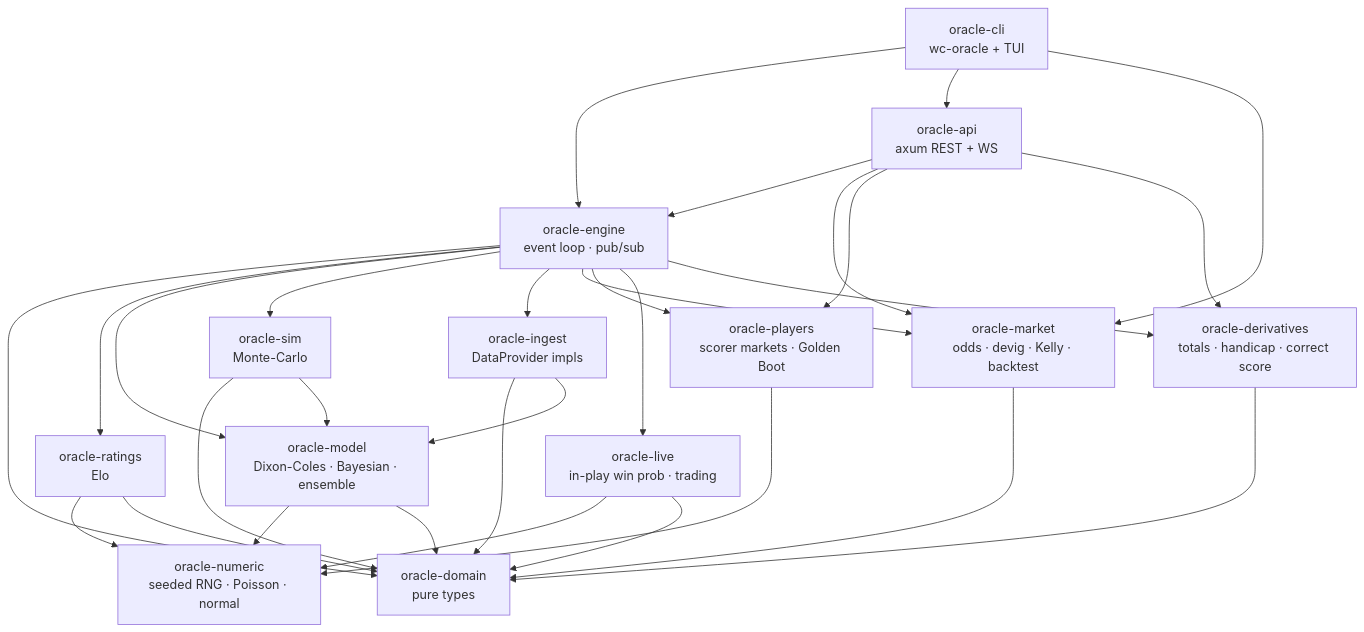
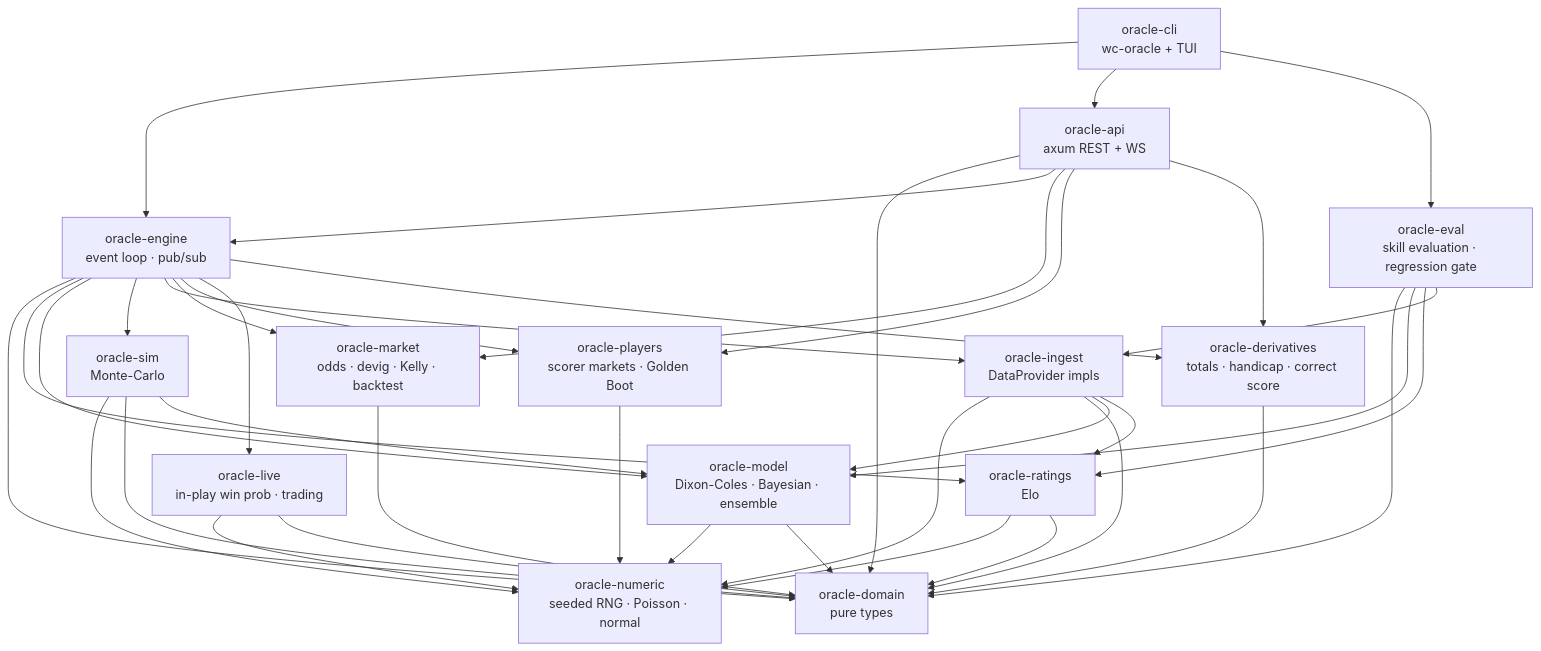
One commit to ruhan-sahasi/worldcup-oracle changed the first of 2 diagrams in docs/ARCHITECTURE.md. Above: the diagram before and after it, drawn with Mermaid. The commit also changed other lines of this file, not shown here.

First paragraph of the commit message:
Correct false claims, a stale count, and an incomplete crate graph
Four documentation defects in ARCHITECTURE, all left by my own recent branches.

````diff
--- a/docs/ARCHITECTURE.md
+++ b/docs/ARCHITECTURE.md
@@ -10,46 +10,55 @@
 ```mermaid
 graph TD
     numeric[oracle-numeric<br/>seeded RNG · Poisson · normal]
     domain[oracle-domain<br/>pure types]
     ratings[oracle-ratings<br/>Elo]
     model[oracle-model<br/>Dixon-Coles · Bayesian · ensemble]
     sim[oracle-sim<br/>Monte-Carlo]
     ingest[oracle-ingest<br/>DataProvider impls]
     market[oracle-market<br/>odds · devig · Kelly · backtest]
     players[oracle-players<br/>scorer markets · Golden Boot]
     live[oracle-live<br/>in-play win prob · trading]
     derivatives[oracle-derivatives<br/>totals · handicap · correct score]
     engine[oracle-engine<br/>event loop · pub/sub]
     api[oracle-api<br/>axum REST + WS]
+    eval[oracle-eval<br/>skill evaluation · regression gate]
     cli[oracle-cli<br/>wc-oracle + TUI]
 
     ratings --> numeric
     ratings --> domain
     model --> numeric
     model --> domain
+    sim --> numeric
     sim --> domain
     sim --> model
+    ingest --> numeric
     ingest --> domain
     ingest --> model
+    ingest --> ratings
     market --> domain
     players --> numeric
     live --> numeric
     live --> domain
     derivatives --> domain
     engine --> domain
     engine --> ratings
     engine --> model
     engine --> sim
     engine --> ingest
     engine --> market
     engine --> players
     engine --> live
     engine --> derivatives
+    eval --> domain
+    eval --> model
+    eval --> ratings
+    eval --> ingest
+    api --> domain
     api --> engine
     api --> market
     api --> players
     api --> derivatives
     cli --> engine
     cli --> api
-    cli --> market
+    cli --> eval
 ```
````
